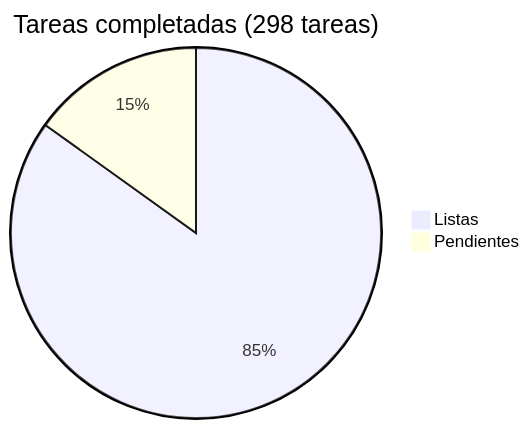
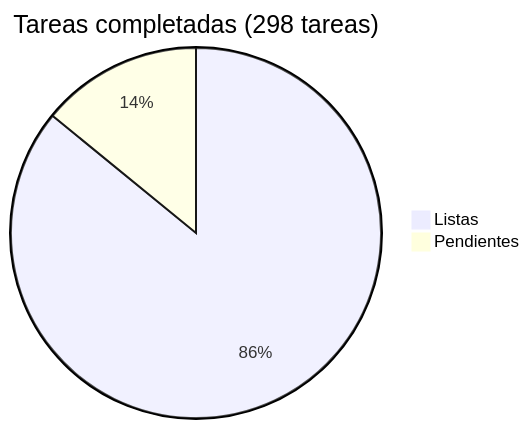
Before and after one commit to araguaney-lat/araguaney: the diagram in docs/roadmap/README.md, drawn with Mermaid. The commit also changed other lines of this file and 2 other files, not shown here.

````diff
--- a/docs/roadmap/README.md
+++ b/docs/roadmap/README.md
@@ -5,5 +5,5 @@
 ```mermaid
 pie title Tareas completadas (298 tareas)
-    "Listas" : 253
-    "Pendientes" : 45
+    "Listas" : 256
+    "Pendientes" : 42
 ```
````
